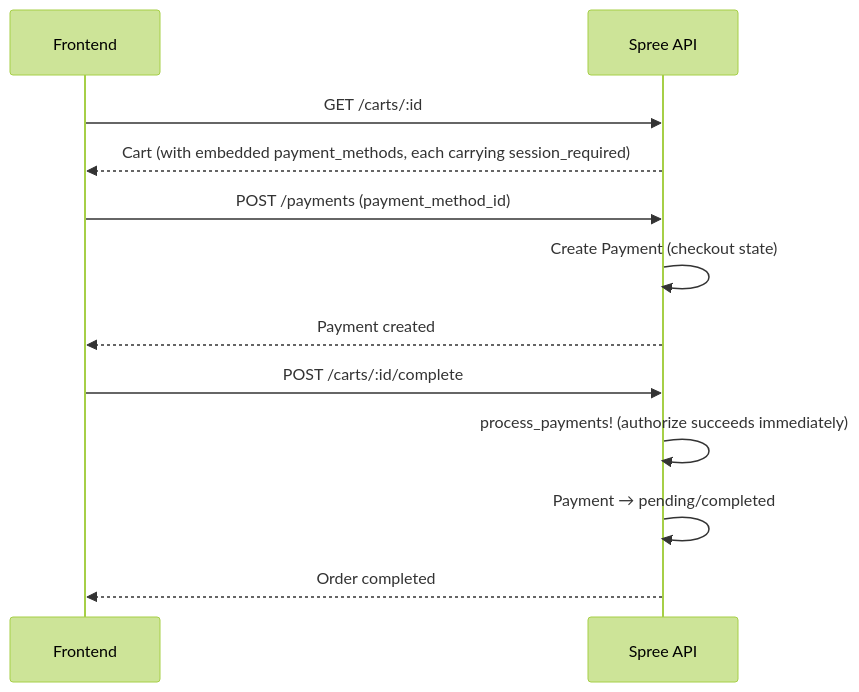
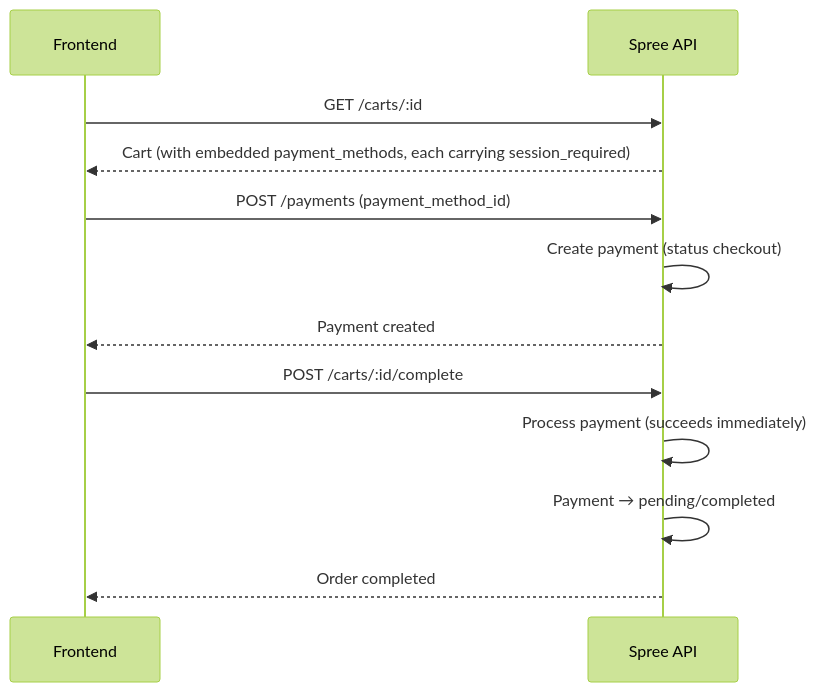
Before and after one commit to spree/spree: the fifth of 7 diagrams in docs/developer/core-concepts/payments.mdx, drawn with Mermaid (forest theme). The commit also changed other lines of this file and 4 other files, not shown here.

````diff
--- a/docs/developer/core-concepts/payments.mdx
+++ b/docs/developer/core-concepts/payments.mdx
@@ -303,17 +310,17 @@
 ```mermaid
 sequenceDiagram
     participant Frontend
     participant Spree API
 
     Frontend->>Spree API: GET /carts/:id
     Spree API-->>Frontend: Cart (with embedded payment_methods, each carrying session_required)
 
     Frontend->>Spree API: POST /payments (payment_method_id)
-    Spree API->>Spree API: Create Payment (checkout state)
+    Spree API->>Spree API: Create payment (status checkout)
     Spree API-->>Frontend: Payment created
 
     Frontend->>Spree API: POST /carts/:id/complete
-    Spree API->>Spree API: process_payments! (authorize succeeds immediately)
+    Spree API->>Spree API: Process payment (succeeds immediately)
     Spree API->>Spree API: Payment → pending/completed
     Spree API-->>Frontend: Order completed
 ```
````
